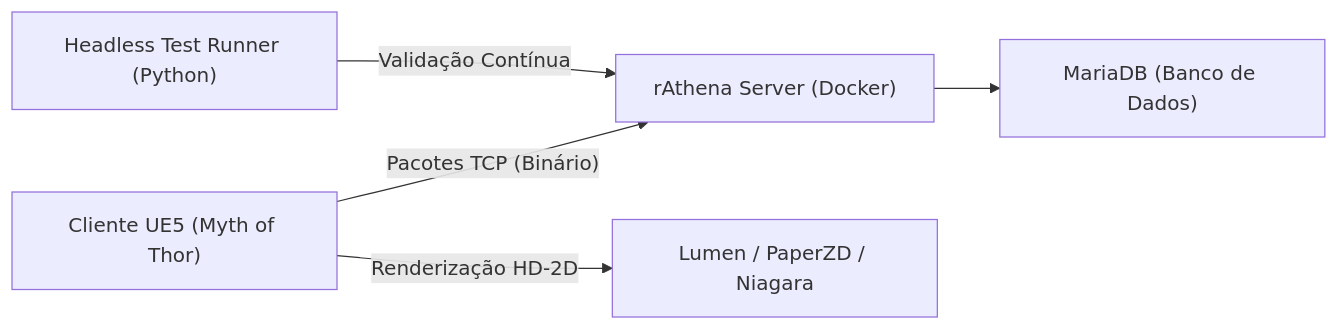
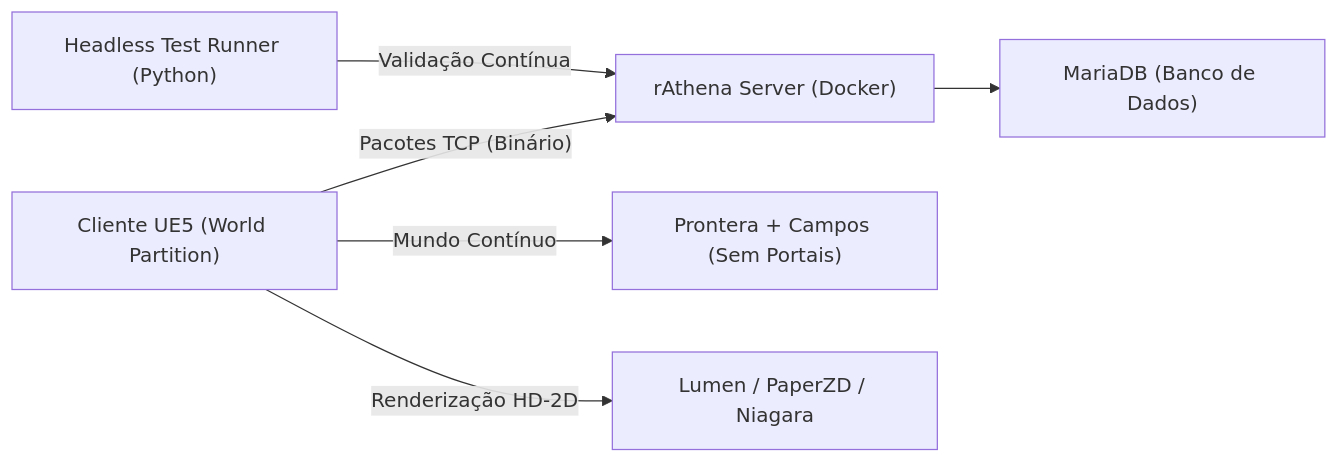
One commit to Palflinho/mythofthor_project changed the diagram in README.md. Above: the diagram before and after it, drawn with Mermaid. The commit also changed other lines of this file and 1 other file, not shown here.

Commit message:
docs: adiciona especificacao de Mundo Continuo (Seamless Open World) sem portais entre cidade e campos

````diff
--- a/README.md
+++ b/README.md
@@ -19,7 +20,8 @@
 ```mermaid
 flowchart LR
-    A["Cliente UE5 (Myth of Thor)"] -- "Pacotes TCP (Binário)" --> B["rAthena Server (Docker)"]
+    A["Cliente UE5 (World Partition)"] -- "Pacotes TCP (Binário)" --> B["rAthena Server (Docker)"]
     B --> C["MariaDB (Banco de Dados)"]
-    A -- "Renderização HD-2D" --> D["Lumen / PaperZD / Niagara"]
-    E["Headless Test Runner (Python)"] -- "Validação Contínua" --> B
+    A -- "Mundo Contínuo" --> D["Prontera + Campos (Sem Portais)"]
+    A -- "Renderização HD-2D" --> E["Lumen / PaperZD / Niagara"]
+    F["Headless Test Runner (Python)"] -- "Validação Contínua" --> B
 ```
````
